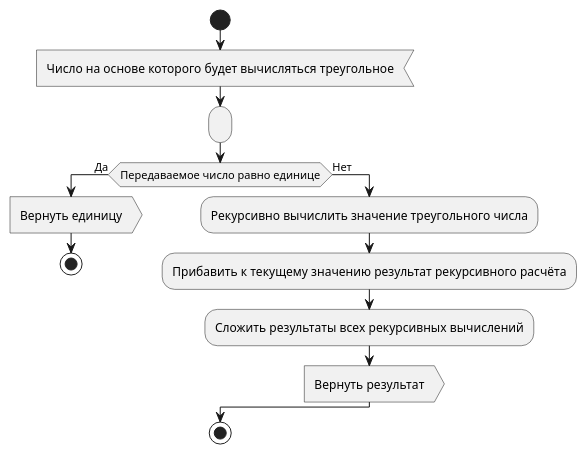
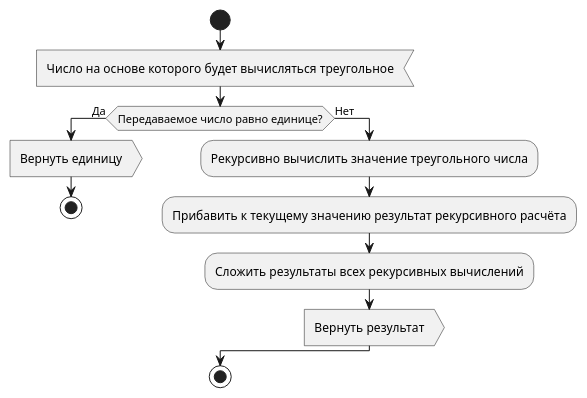
Before and after one commit to YA-NDT/IC-ADSC-TD: the diagram in Scenarios/3.3. Triangle.puml, drawn with PlantUML. The commit also changed 1 other file, not shown here.

Commit message:
Обновлены блок-схема и картинка для урока 3.3.

```diff
--- a/Scenarios/3.3. Triangle.puml
+++ b/Scenarios/3.3. Triangle.puml
@@ -1,16 +1,15 @@
 @startuml
 start
     :Число на основе которого будет вычисляться треугольное<
-    :;
-    
-    if (Передаваемое число равно единице) then (Да)
+
+    if (Передаваемое число равно единице?) then (Да)
         :Вернуть единицу>
         stop
     else (Нет)
         :Рекурсивно вычислить значение треугольного числа;
         :Прибавить к текущему значению результат рекурсивного расчёта;
         :Сложить результаты всех рекурсивных вычислений;
         :Вернуть результат>
     endif
 stop
 @enduml
```
